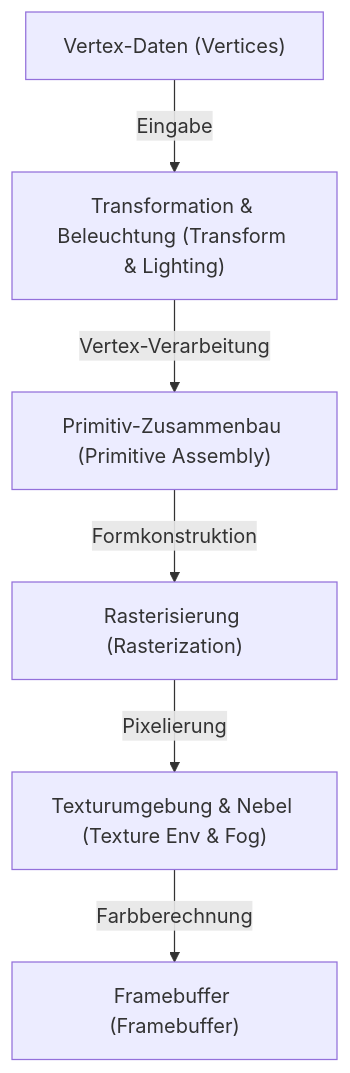
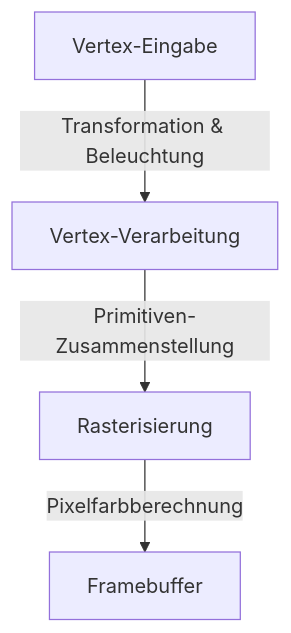
The first of 2 diagrams in content/post/opengl-basics-and-history/index.de.md (kenjinote/blog), drawn with Mermaid before and after one commit. The commit also changed other lines of this file and 129 other files, not shown here.

````diff
--- a/content/post/opengl-basics-and-history/index.de.md
+++ b/content/post/opengl-basics-and-history/index.de.md
@@ -41,15 +35,6 @@
 ```mermaid
 graph TD
-    A["Vertex-Daten (Vertices)"]
-    B["Transformation & Beleuchtung (Transform & Lighting)"]
-    C["Primitiv-Zusammenbau (Primitive Assembly)"]
-    D["Rasterisierung (Rasterization)"]
-    E["Texturumgebung & Nebel (Texture Env & Fog)"]
-    F["Framebuffer (Framebuffer)"]
-
-    A -- "Eingabe" --> B
-    B -- "Vertex-Verarbeitung" --> C
-    C -- "Formkonstruktion" --> D
-    D -- "Pixelierung" --> E
-    E -- "Farbberechnung" --> F
+    A["Vertex-Eingabe"] -- "Transformation & Beleuchtung" --> B["Vertex-Verarbeitung"]
+    B -- "Primitiven-Zusammenstellung" --> C["Rasterisierung"]
+    C -- "Pixelfarbberechnung" --> D["Framebuffer"]
 ```
````
